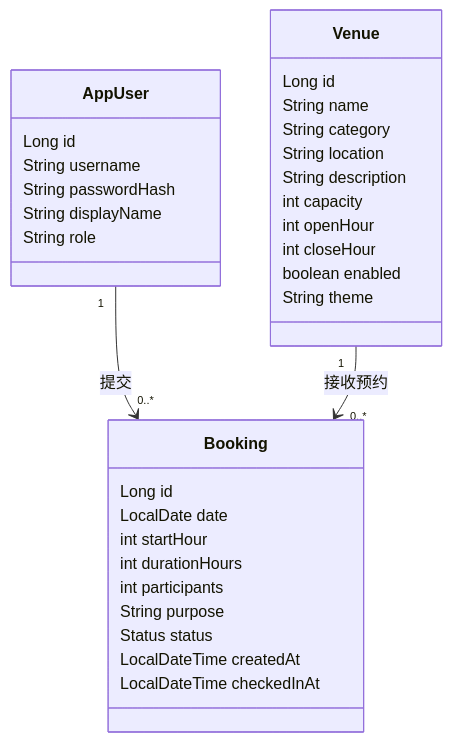
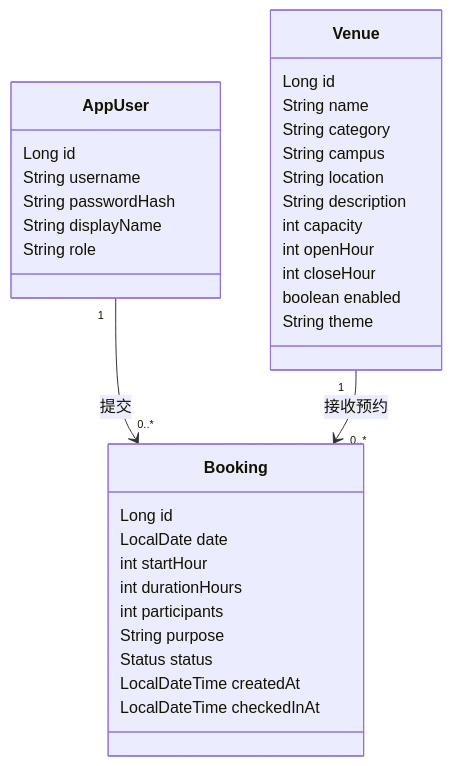
One commit to sunrise0505/Web changed the second of 3 diagrams in docs/系统设计.md. Above: the diagram before and after it, drawn with Mermaid. The commit also changed other lines of this file and 28 other files, not shown here.

````diff
--- a/docs/系统设计.md
+++ b/docs/系统设计.md
@@ -20,35 +20,36 @@
 ```mermaid
 classDiagram
   AppUser "1" --> "0..*" Booking : 提交
   Venue "1" --> "0..*" Booking : 接收预约
   class AppUser {
     Long id
     String username
     String passwordHash
     String displayName
     String role
   }
   class Venue {
     Long id
     String name
     String category
+    String campus
     String location
     String description
     int capacity
     int openHour
     int closeHour
     boolean enabled
     String theme
   }
   class Booking {
     Long id
     LocalDate date
     int startHour
     int durationHours
     int participants
     String purpose
     Status status
     LocalDateTime createdAt
     LocalDateTime checkedInAt
   }
 ```
````
